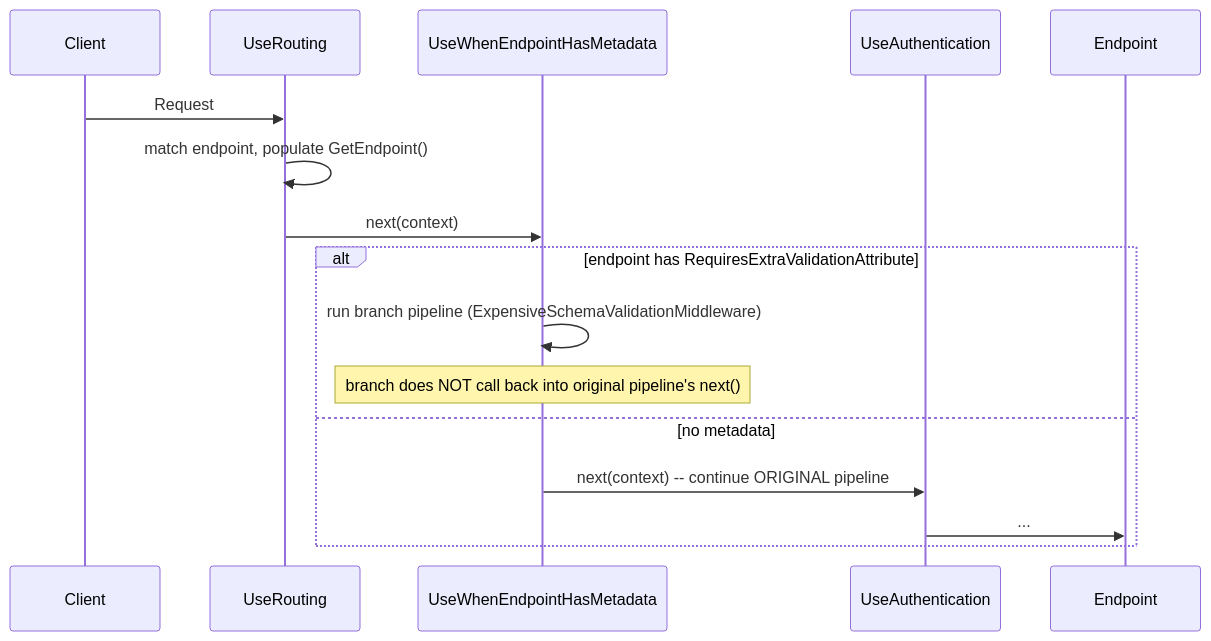
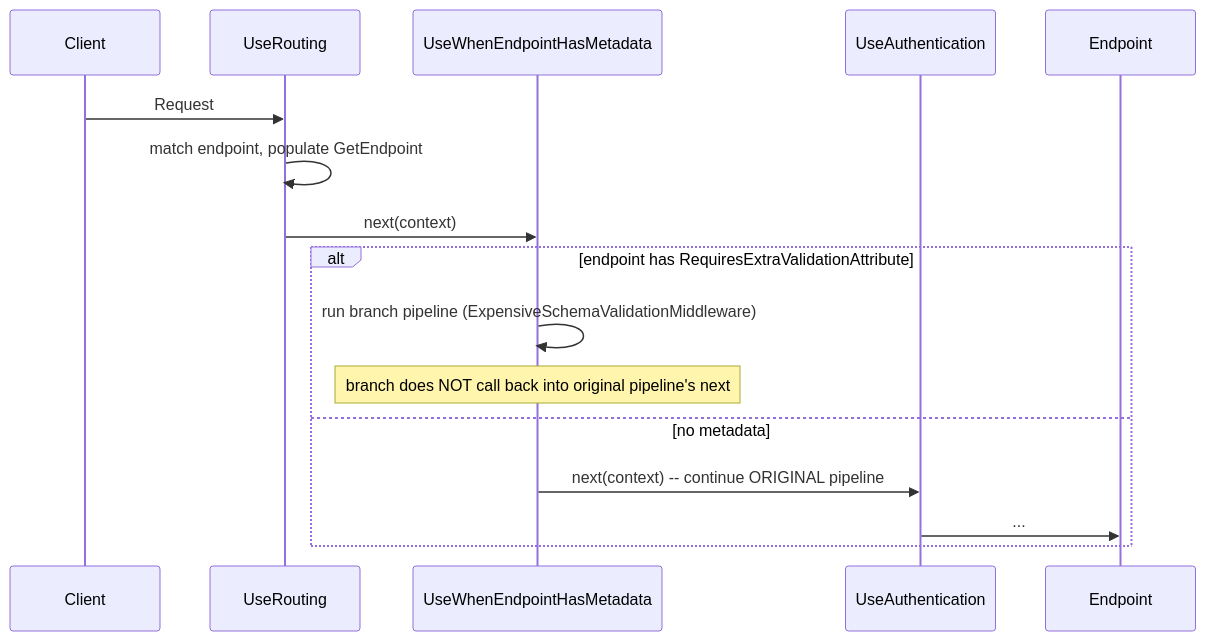
One commit to umashankarp/InterviewQuestions changed the fourth of 4 diagrams in 02-DotNet-AspNetCore/01-Middleware-Pipeline-Request-Internals.md. Above: the diagram before and after it, drawn with Mermaid. The commit also changed other lines of this file and 173 other files, not shown here.

````diff
--- a/02-DotNet-AspNetCore/01-Middleware-Pipeline-Request-Internals.md
+++ b/02-DotNet-AspNetCore/01-Middleware-Pipeline-Request-Internals.md
@@ -575,19 +575,19 @@
 ```mermaid
 sequenceDiagram
-    participant C as Client
-    participant Routing as UseRouting
-    participant Branch as UseWhenEndpointHasMetadata
-    participant Auth as UseAuthentication
-    participant E as Endpoint
+ participant C as Client
+ participant Routing as UseRouting
+ participant Branch as UseWhenEndpointHasMetadata
+ participant Auth as UseAuthentication
+ participant E as Endpoint
 
-    C->>Routing: Request
-    Routing->>Routing: match endpoint, populate GetEndpoint()
-    Routing->>Branch: next(context)
-    alt endpoint has RequiresExtraValidationAttribute
-        Branch->>Branch: run branch pipeline (ExpensiveSchemaValidationMiddleware)
-        Note over Branch: branch does NOT call back into original pipeline's next()
-    else no metadata
-        Branch->>Auth: next(context) -- continue ORIGINAL pipeline
-        Auth->>E: ...
-    end
+ C->>Routing: Request
+ Routing->>Routing: match endpoint, populate GetEndpoint
+ Routing->>Branch: next(context)
+ alt endpoint has RequiresExtraValidationAttribute
+ Branch->>Branch: run branch pipeline (ExpensiveSchemaValidationMiddleware)
+ Note over Branch: branch does NOT call back into original pipeline's next
+ else no metadata
+ Branch->>Auth: next(context) -- continue ORIGINAL pipeline
+ Auth->>E:...
+ end
 ```
````
